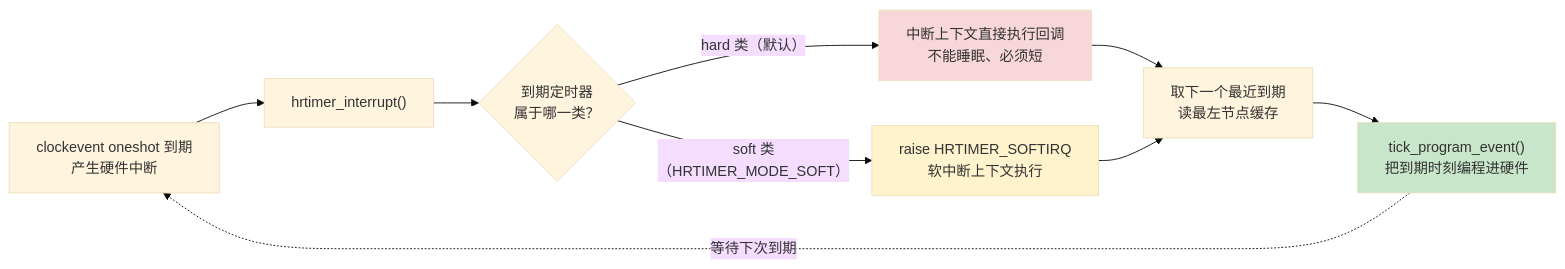
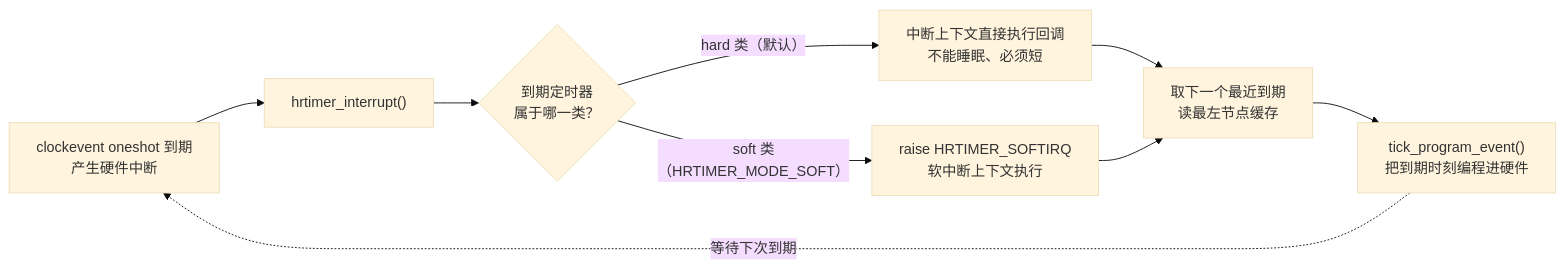
One commit to xiaohong0925/Embedded_Knowledge_System_V2026 changed the second of 2 diagrams in docs/02-核心机制深度解析/第10章 中断与时间/10.5.4_hrtimer的实现.md. Above: the diagram before and after it, drawn with Mermaid (base theme). The commit also changed other lines of this file and 4 other files, not shown here.

````diff
--- a/docs/02-核心机制深度解析/第10章 中断与时间/10.5.4_hrtimer的实现.md
+++ b/docs/02-核心机制深度解析/第10章 中断与时间/10.5.4_hrtimer的实现.md
@@ -140,14 +133,11 @@
 ```mermaid
 flowchart LR
     A["clockevent oneshot 到期<br/>产生硬件中断"] --> B["hrtimer_interrupt()"]
     B --> C{"到期定时器<br/>属于哪一类？"}
     C -->|"hard 类（默认）"| D["中断上下文直接执行回调<br/>不能睡眠、必须短"]
     C -->|"soft 类（HRTIMER_MODE_SOFT）"| E["raise HRTIMER_SOFTIRQ<br/>软中断上下文执行"]
     D --> F["取下一个最近到期<br/>读最左节点缓存"]
     E --> F
     F --> G["tick_program_event()<br/>把到期时刻编程进硬件"]
     G -.->|"等待下次到期"| A
-    style D fill:#f8d7da
-    style E fill:#fff3cd
-    style G fill:#c8e6c9
 ```
````
